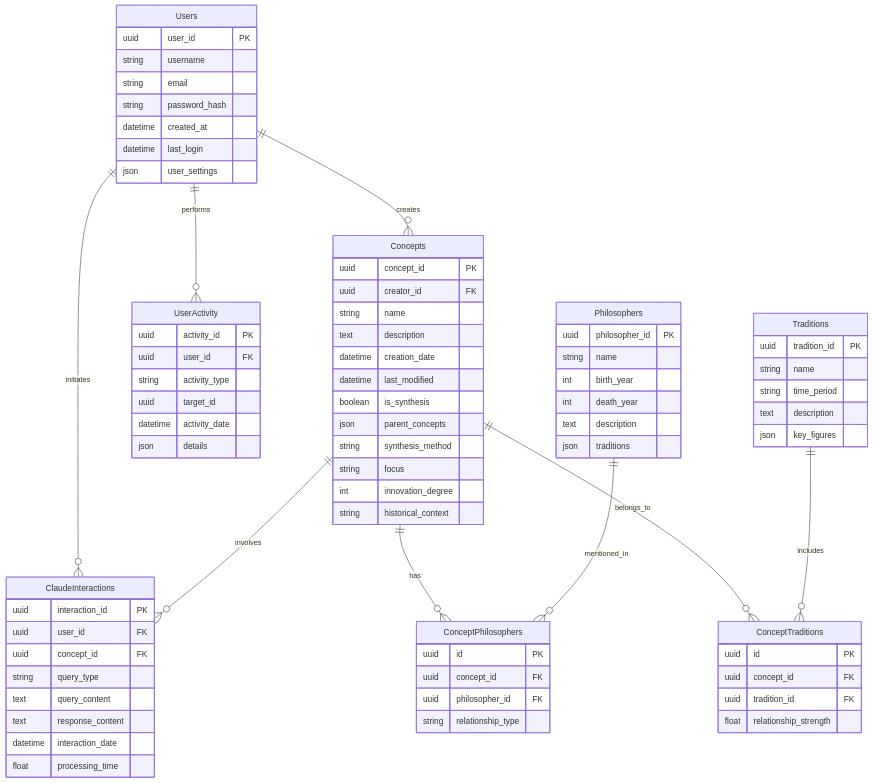
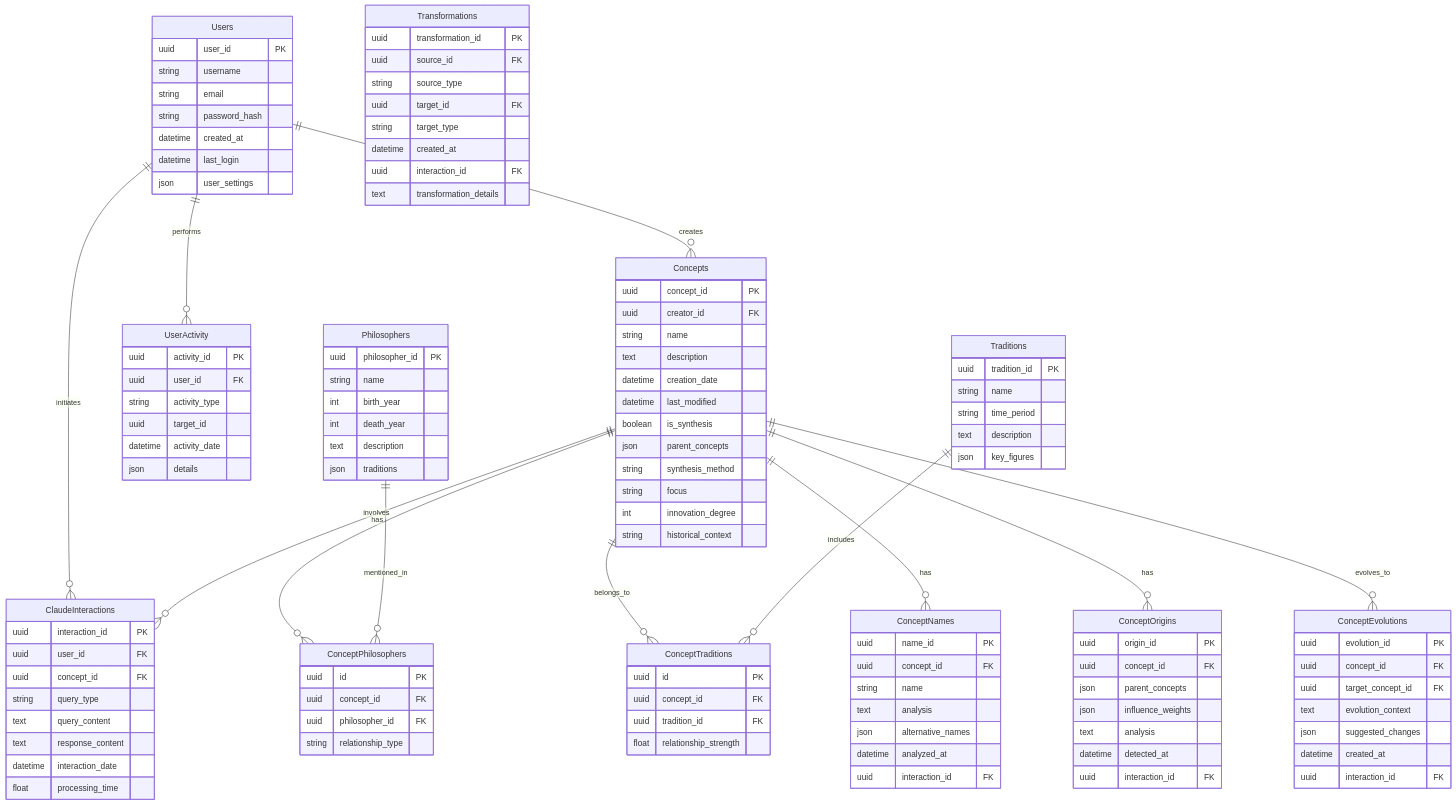
The diagram in relational-db-schema.mmd (Ranatar/philosophical-concepts-omnidirectional), drawn with Mermaid before and after one commit. The commit also changed 10 other files, not shown here.

```diff
--- a/relational-db-schema.mmd
+++ b/relational-db-schema.mmd
@@ -1,85 +1,129 @@
 erDiagram
     Users ||--o{ Concepts : creates
     Users ||--o{ UserActivity : performs
     Users ||--o{ ClaudeInteractions : initiates
     Concepts ||--o{ ClaudeInteractions : involves
     Concepts ||--o{ ConceptPhilosophers : has
     Concepts ||--o{ ConceptTraditions : belongs_to
+    Concepts ||--o{ ConceptNames : has
+    Concepts ||--o{ ConceptOrigins : has
+    Concepts ||--o{ ConceptEvolutions : evolves_to
     Philosophers ||--o{ ConceptPhilosophers : mentioned_in
     Traditions ||--o{ ConceptTraditions : includes
     
     Users {
         uuid user_id PK
         string username
         string email
         string password_hash
         datetime created_at
         datetime last_login
         json user_settings
     }
     
     Concepts {
         uuid concept_id PK
         uuid creator_id FK
         string name
         text description
         datetime creation_date
         datetime last_modified
         boolean is_synthesis
         json parent_concepts
         string synthesis_method
         string focus
         int innovation_degree
         string historical_context
     }
     
     Philosophers {
         uuid philosopher_id PK
         string name
         int birth_year
         int death_year
         text description
         json traditions
     }
     
     Traditions {
         uuid tradition_id PK
         string name
         string time_period
         text description
         json key_figures
     }
     
     ConceptPhilosophers {
         uuid id PK
         uuid concept_id FK
         uuid philosopher_id FK
         string relationship_type
     }
     
     ConceptTraditions {
         uuid id PK
         uuid concept_id FK
         uuid tradition_id FK
         float relationship_strength
     }
     
     UserActivity {
         uuid activity_id PK
         uuid user_id FK
         string activity_type
         uuid target_id
         datetime activity_date
         json details
     }
     
     ClaudeInteractions {
         uuid interaction_id PK
         uuid user_id FK
         uuid concept_id FK
         string query_type
         text query_content
         text response_content
         datetime interaction_date
         float processing_time
     }
+    
+    ConceptNames {
+        uuid name_id PK
+        uuid concept_id FK
+        string name
+        text analysis
+        json alternative_names
+        datetime analyzed_at
+        uuid interaction_id FK
+    }
+    
+    ConceptOrigins {
+        uuid origin_id PK
+        uuid concept_id FK
+        json parent_concepts
+        json influence_weights
+        text analysis
+        datetime detected_at
+        uuid interaction_id FK
+    }
+    
+    Transformations {
+        uuid transformation_id PK
+        uuid source_id FK
+        string source_type
+        uuid target_id FK
+        string target_type
+        datetime created_at
+        uuid interaction_id FK
+        text transformation_details
+    }
+    
+    ConceptEvolutions {
+        uuid evolution_id PK
+        uuid concept_id FK
+        uuid target_concept_id FK
+        text evolution_context
+        json suggested_changes
+        datetime created_at
+        uuid interaction_id FK
+    }
```
